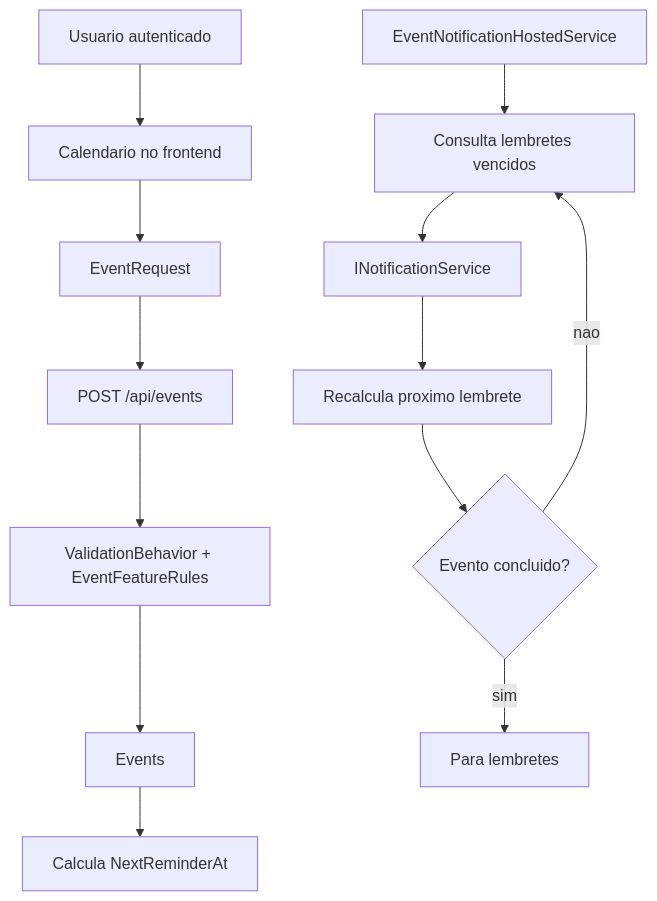
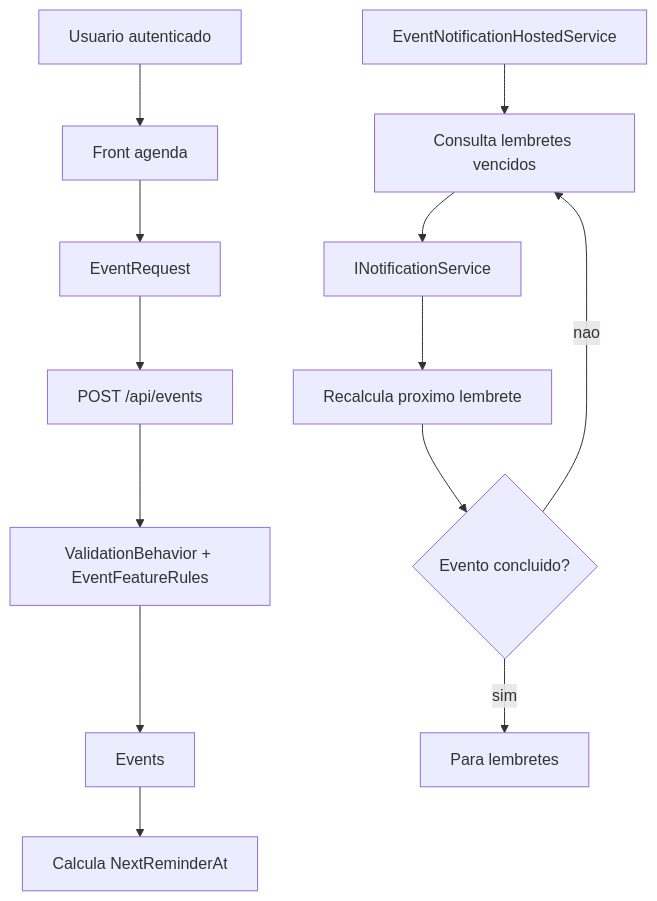
Before and after one commit to Hemodinks/hemodinks-api: the third of 6 diagrams in docs/TECHNICAL_DOCUMENTATION.md, drawn with Mermaid. The commit also changed other lines of this file and 7 other files, not shown here.

````diff
--- a/docs/TECHNICAL_DOCUMENTATION.md
+++ b/docs/TECHNICAL_DOCUMENTATION.md
@@ -176,15 +157,15 @@
 ```mermaid
 flowchart TD
-    User[Usuario autenticado] --> Calendar[Calendario no frontend]
+    User[Usuario autenticado] --> Calendar[Front agenda]
     Calendar --> Payload[EventRequest]
     Payload --> Create[POST /api/events]
     Create --> Validate[ValidationBehavior + EventFeatureRules]
     Validate --> Persist[Events]
     Persist --> Next[Calcula NextReminderAt]
     Worker[EventNotificationHostedService] --> Due[Consulta lembretes vencidos]
     Due --> Notify[INotificationService]
     Notify --> Recalc[Recalcula proximo lembrete]
     Recalc --> Complete{Evento concluido?}
     Complete -- nao --> Due
     Complete -- sim --> Stop[Para lembretes]
 ```
````
